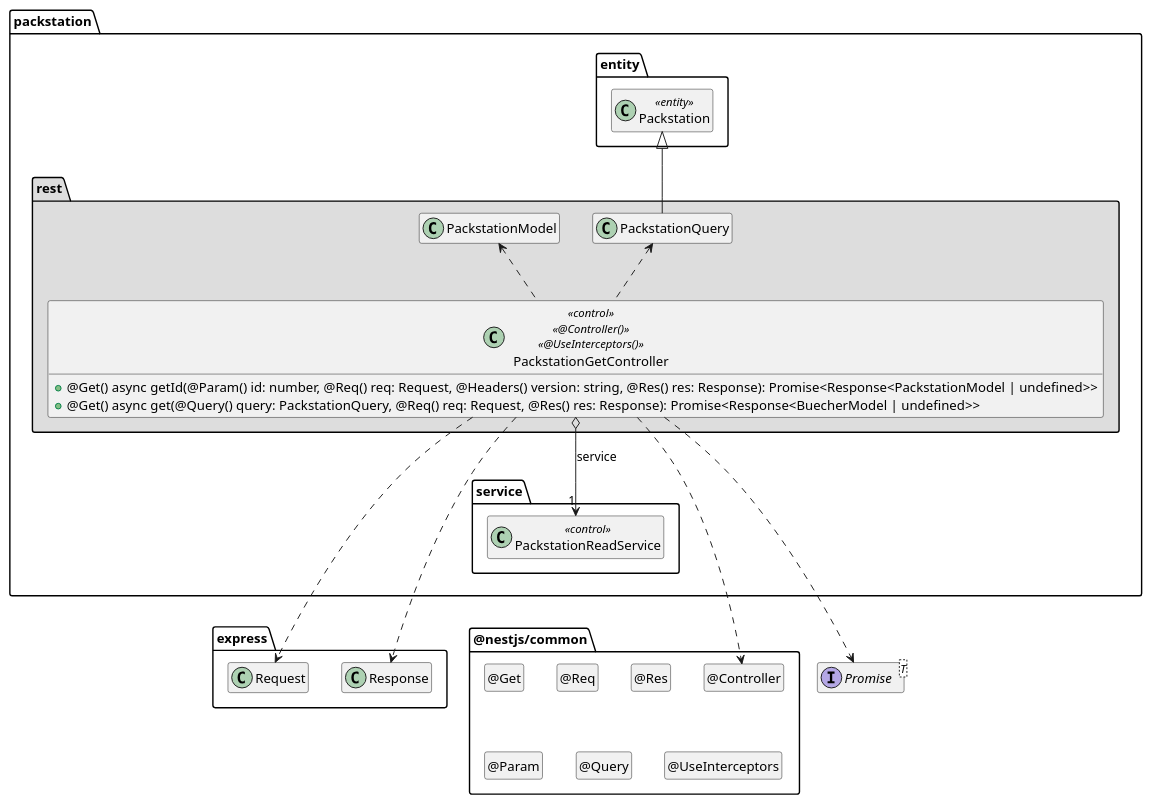
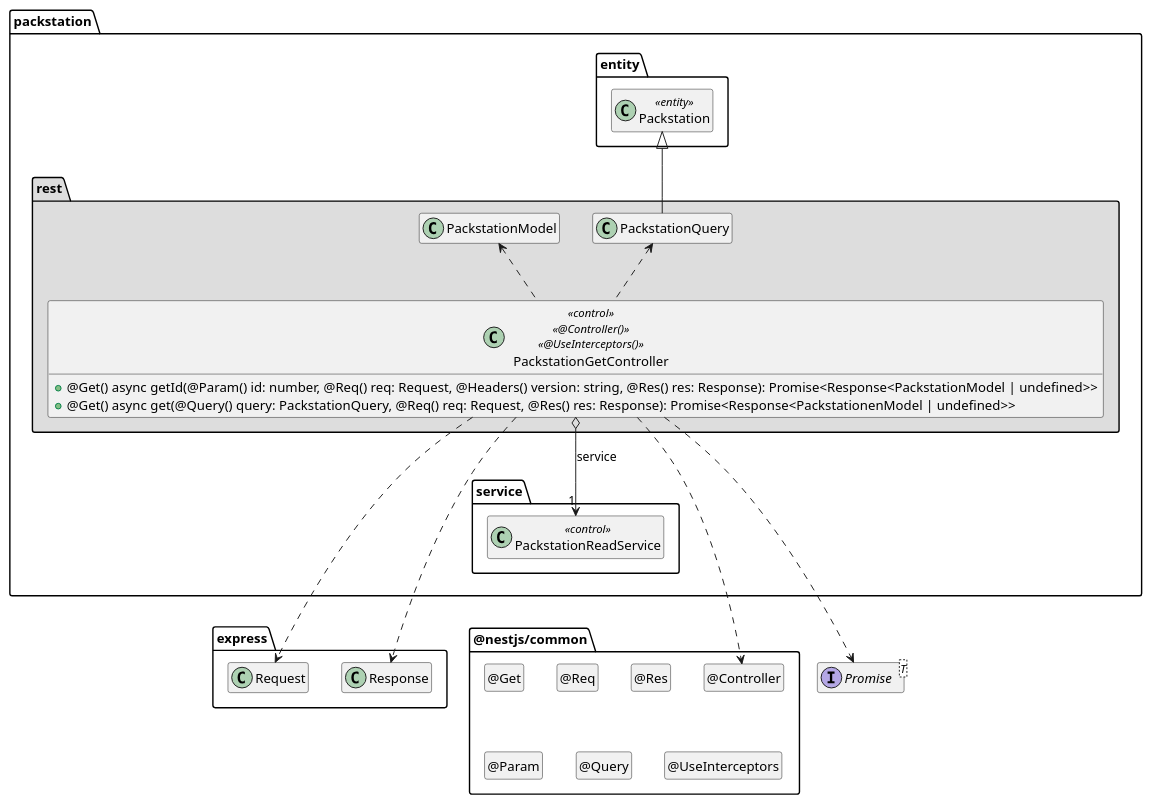
Before and after one commit to marius-a-mueller/kunstwerk: the diagram in .extras/doc/projekthandbuch/PackstationGetController.plantuml, drawn with PlantUML. The commit also changed 3 other files, not shown here.

Commit message:
PlantUML angepasst

```diff
--- a/.extras/doc/projekthandbuch/PackstationGetController.plantuml
+++ b/.extras/doc/projekthandbuch/PackstationGetController.plantuml
@@ -1,72 +1,72 @@
 @startuml Controller-Klasse
 
 interface Promise<T>
 
 package @nestjs/common {
   class "@Controller" as Controller
   hide Controller circle
 
   class "@Get" as Get
   hide Get circle
 
   class "@Req" as Req
   hide Req circle
 
   class "@Res" as Res
   hide Res circle
 
   class "@Param" as Param
   hide Param circle
 
   class "@Query" as Query
   hide Query circle
 
   class "@UseInterceptors" as UseInterceptors
   hide UseInterceptors circle
 }
 
 package express {
   class Request
   class Response
 
   Response .[hidden].> Controller
 }
 
 package packstation {
   package entity #FFFFFF {
     class Packstation <<entity>>
 
     Packstation .[hidden].> Promise
     Packstation .[hidden].> Request
   }
 
   package service {
     class PackstationReadService << control >>
   }
 
   package rest #DDDDDD {
     PackstationQuery -up-|> Packstation
 
     class PackstationGetController << control >> << @Controller() >> << @UseInterceptors() >> {
       + @Get() async getId(@Param() id: number, @Req() req: Request, @Headers() version: string, @Res() res: Response): Promise<Response<PackstationModel | undefined>>
-      + @Get() async get(@Query() query: PackstationQuery, @Req() req: Request,  @Res() res: Response): Promise<Response<BuecherModel | undefined>>
+      + @Get() async get(@Query() query: PackstationQuery, @Req() req: Request,  @Res() res: Response): Promise<Response<PackstationenModel | undefined>>
     }
 
     PackstationGetController o--> "1" PackstationReadService : service
 
     PackstationGetController ..> Controller
     PackstationGetController ..> Request
     PackstationGetController ..> Response
     PackstationGetController ..> Promise
     PackstationGetController .up.> PackstationModel
     PackstationGetController .up.> PackstationQuery
 
     PackstationReadService .[hidden].> Request
     PackstationReadService .[hidden].> Promise
     Response .right[hidden].> Controller
   }
 }
 
 hide empty members
 
 @enduml
```
